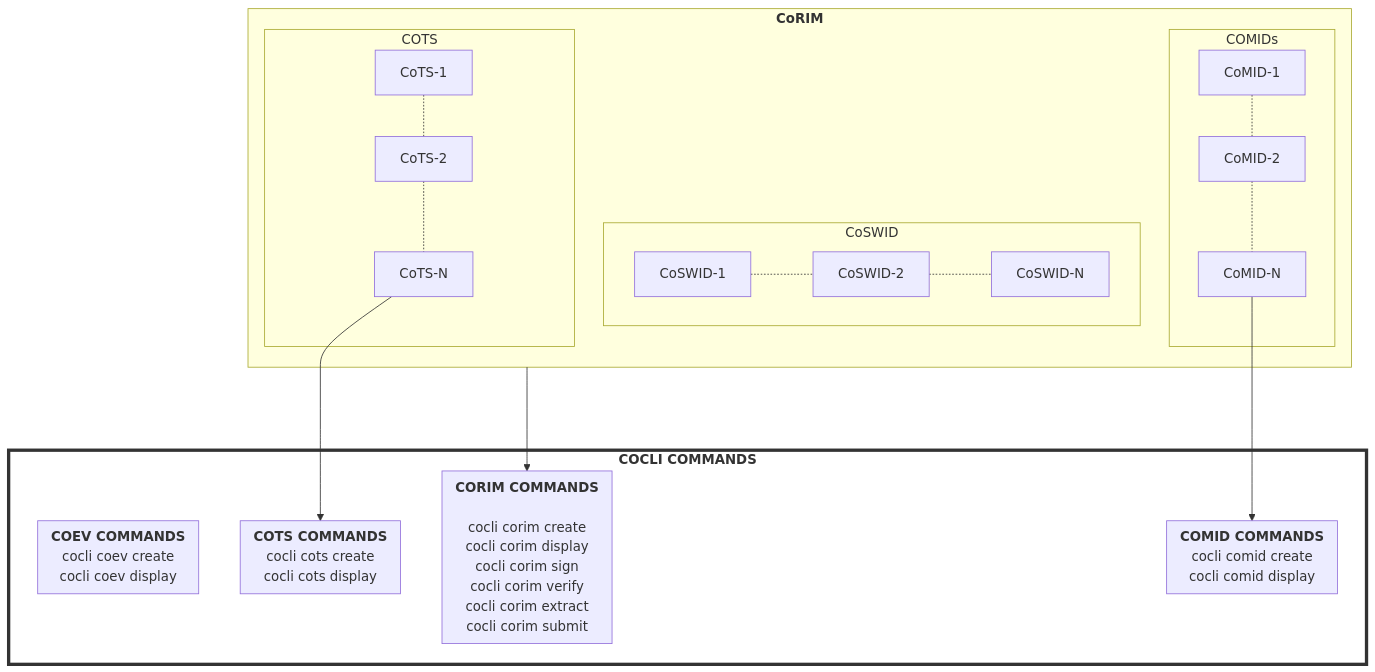
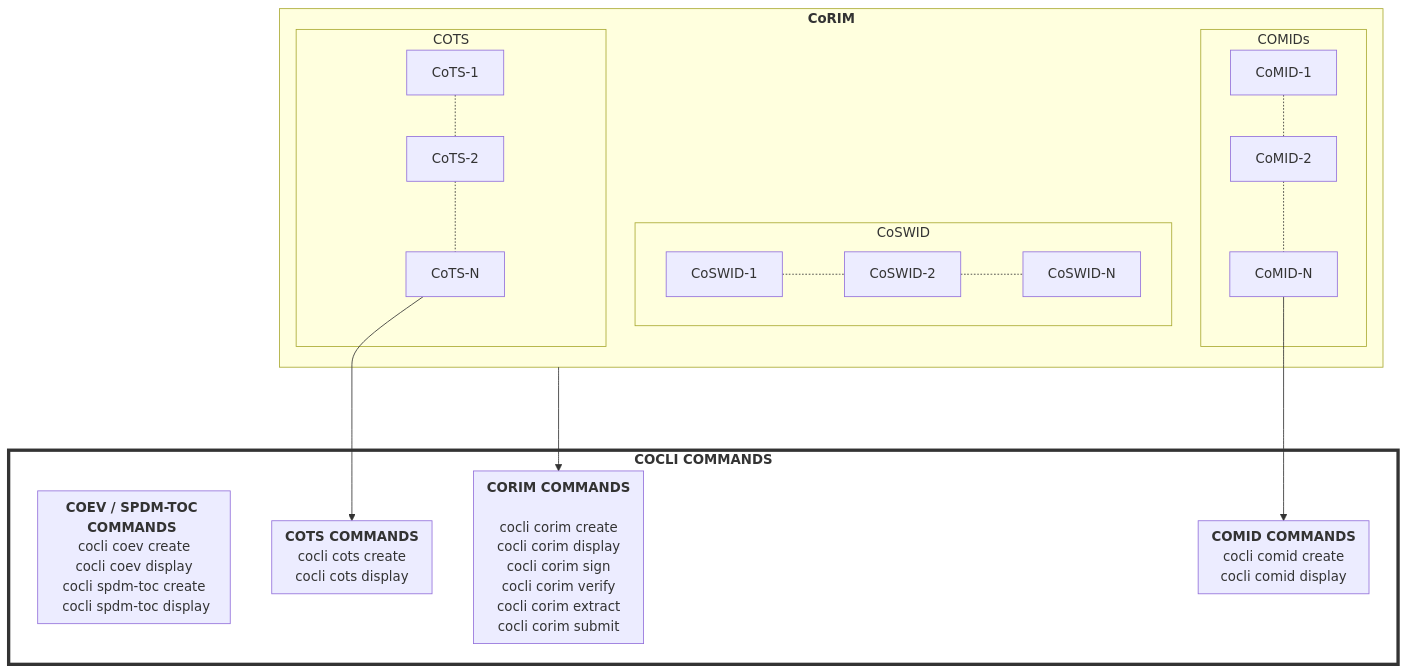
One commit to veraison/cocli changed the first of 2 diagrams in README.md. Above: the diagram before and after it, drawn with Mermaid. The commit also changed other lines of this file and 2 other files, not shown here.

````diff
--- a/README.md
+++ b/README.md
@@ -62,46 +62,46 @@
 ```mermaid 
 flowchart TD
   subgraph COCLI["<b>COCLI COMMANDS</b>"]
     style COCLI fill:#ffffff, stroke:#333,stroke-width:4px
     subgraph CORIMCMD["<b>CORIM COMMANDS</b> \n
         cocli corim create \n cocli corim display \n cocli corim sign \n cocli corim verify\n cocli corim extract\n cocli corim submit"]
     end
     subgraph COMIDCMD["<b>COMID COMMANDS</b> \n cocli comid create \n cocli comid display"]
     end
 
     subgraph COTSCMD["<b>COTS COMMANDS</b> \n cocli cots create \n cocli cots display"]
     end
-    subgraph COEVCMD["<b>COEV COMMANDS</b> \n cocli coev create \n cocli coev display"]
+    subgraph COEVCMD["<b>COEV / SPDM-TOC COMMANDS</b> \n cocli coev create \n cocli coev display \n cocli spdm-toc create \n cocli spdm-toc display"]
     end
   end
  CORIM ---> CORIMCMD
 subgraph CORIM["<b>CoRIM</b>"]
       subgraph CoMID["COMIDs\n"]
         CM3["CoMID-N"]
         CM2["CoMID-2"]
         CM1["CoMID-1"]
         CM1  -.- CM2
         CM2  -.- CM3
         CM3 ---> COMIDCMD
      end
      
     subgraph CoSWID["CoSWID\n"]
         CSW1["CoSWID-1"]
         CSW2["CoSWID-2"]
         CSW3["CoSWID-N"]
         CSW1  -.- CSW2
         CSW2 -.- CSW3
     end
 
     subgraph CoTS["COTS\n"]
         CS3["CoTS-N"]
         CS2["CoTS-2"]
         CS1["CoTS-1"]
         CS1  -.- CS2
         CS2  -.- CS3
         CS3 ---> COTSCMD
     end
 
 end
  
 ```
````
